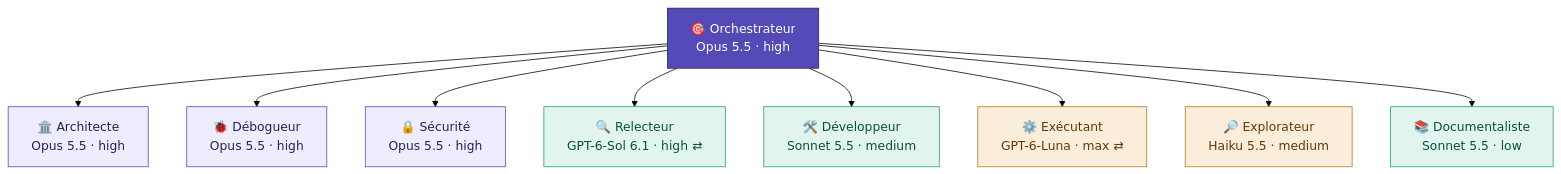
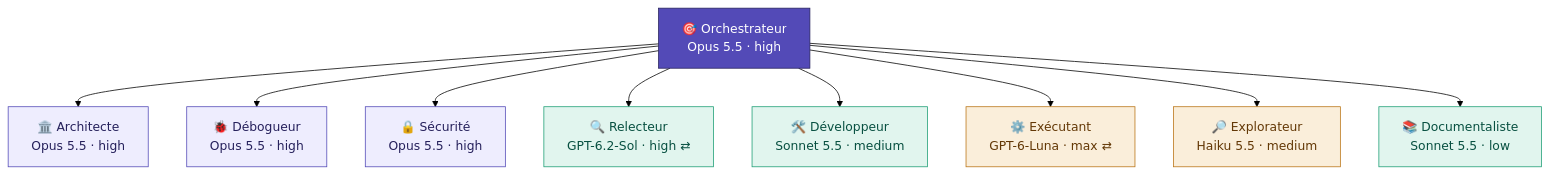
The second of 2 diagrams in README.fr.md (Eydenn/loomy), drawn with Mermaid (forest theme) before and after one commit. The commit also changed other lines of this file and 29 other files, not shown here.

Commit message:
Models: GPT-6.2 Sol replaces GPT-6.1 Sol as Codex top and mid; GPT-6.2 Astra validated as premium on-demand model

````diff
--- a/README.fr.md
+++ b/README.fr.md
@@ -501,16 +501,16 @@
 ```mermaid
 flowchart TB
   L["🎯 Orchestrateur<br/>Opus 5.5 · high"]:::lead
   L --> AR["🏛️ Architecte<br/>Opus 5.5 · high"]:::deep
   L --> DB["🐞 Débogueur<br/>Opus 5.5 · high"]:::deep
   L --> SE["🔒 Sécurité<br/>Opus 5.5 · high"]:::deep
-  L --> RV["🔍 Relecteur<br/>GPT-6-Sol 6.1 · high ⇄"]:::std
+  L --> RV["🔍 Relecteur<br/>GPT-6.2-Sol · high ⇄"]:::std
   L --> DV["🛠️ Développeur<br/>Sonnet 5.5 · medium"]:::std
   L --> EX["⚙️ Exécutant<br/>GPT-6-Luna · max ⇄"]:::fast
   L --> XP["🔎 Explorateur<br/>Haiku 5.5 · medium"]:::fast
   L --> DO["📚 Documentaliste<br/>Sonnet 5.5 · low"]:::std
   classDef lead fill:#534AB7,stroke:#26215C,color:#FFFFFF
   classDef deep fill:#EEEDFE,stroke:#534AB7,color:#26215C
   classDef std fill:#E1F5EE,stroke:#1D9E75,color:#085041
   classDef fast fill:#FAEEDA,stroke:#BA7517,color:#633806
 ```
````
